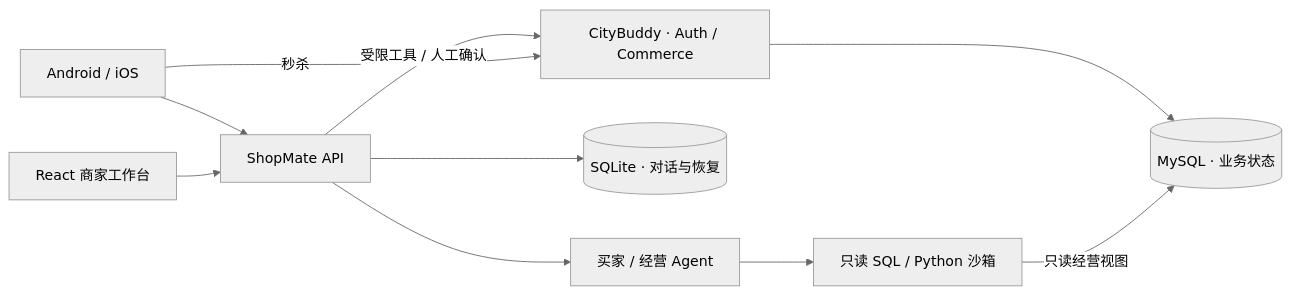
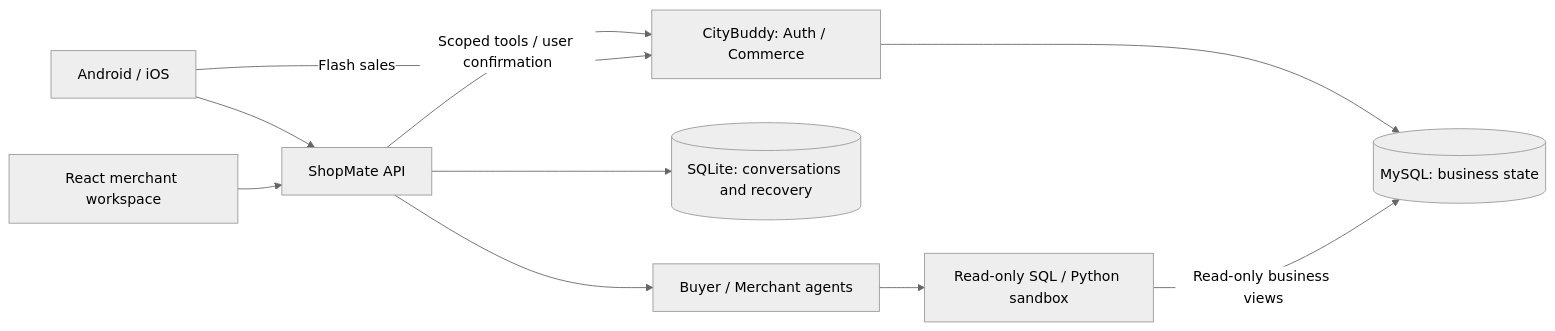
The diagram in README.md (ChanTso/shopmate), drawn with Mermaid (neutral theme) before and after one commit. The commit also changed other lines of this file and 2 other files, not shown here.

````diff
--- a/README.md
+++ b/README.md
@@ -33,12 +35,12 @@
 ```mermaid
 flowchart LR
     App[Android / iOS] --> Host[ShopMate API]
-    Web[React 商家工作台] --> Host
-    Host --> Agents[买家 / 经营 Agent]
-    Agents --> Analysis[只读 SQL / Python 沙箱]
-    Host --> State[(SQLite · 对话与恢复)]
-    Host -->|受限工具 / 人工确认| Java[CityBuddy · Auth / Commerce]
-    App -->|秒杀| Java
-    Java --> DB[(MySQL · 业务状态)]
-    Analysis -->|只读经营视图| DB
+    Web[React merchant workspace] --> Host
+    Host --> Agents[Buyer / Merchant agents]
+    Agents --> Analysis[Read-only SQL / Python sandbox]
+    Host --> State[(SQLite: conversations and recovery)]
+    Host -->|Scoped tools / user confirmation| Java[CityBuddy: Auth / Commerce]
+    App -->|Flash sales| Java
+    Java --> DB[(MySQL: business state)]
+    Analysis -->|Read-only business views| DB
 ```
````
